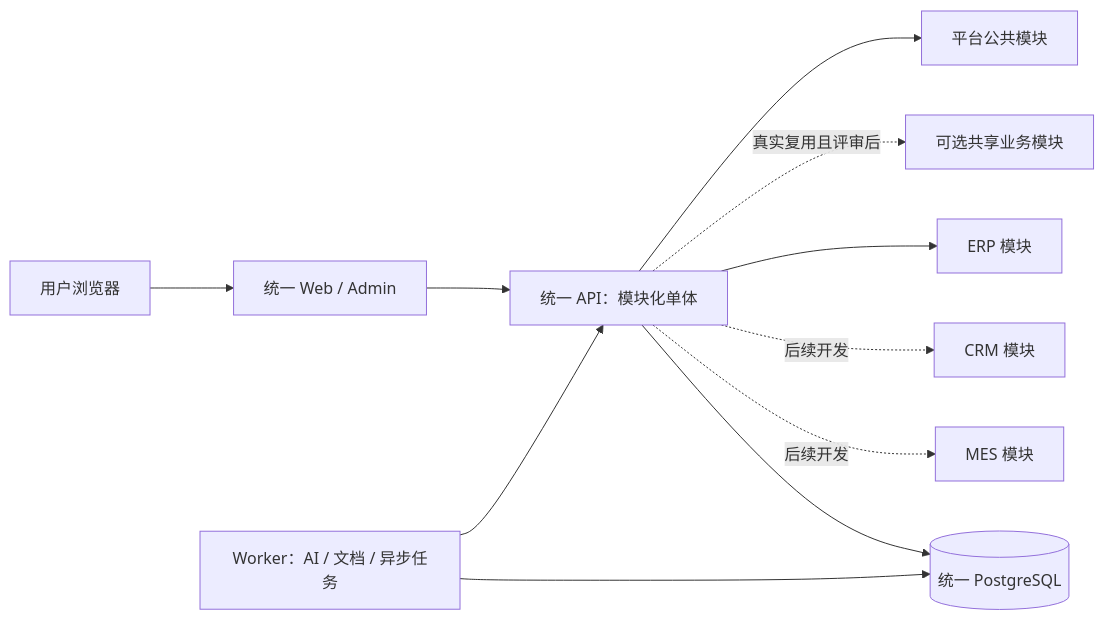
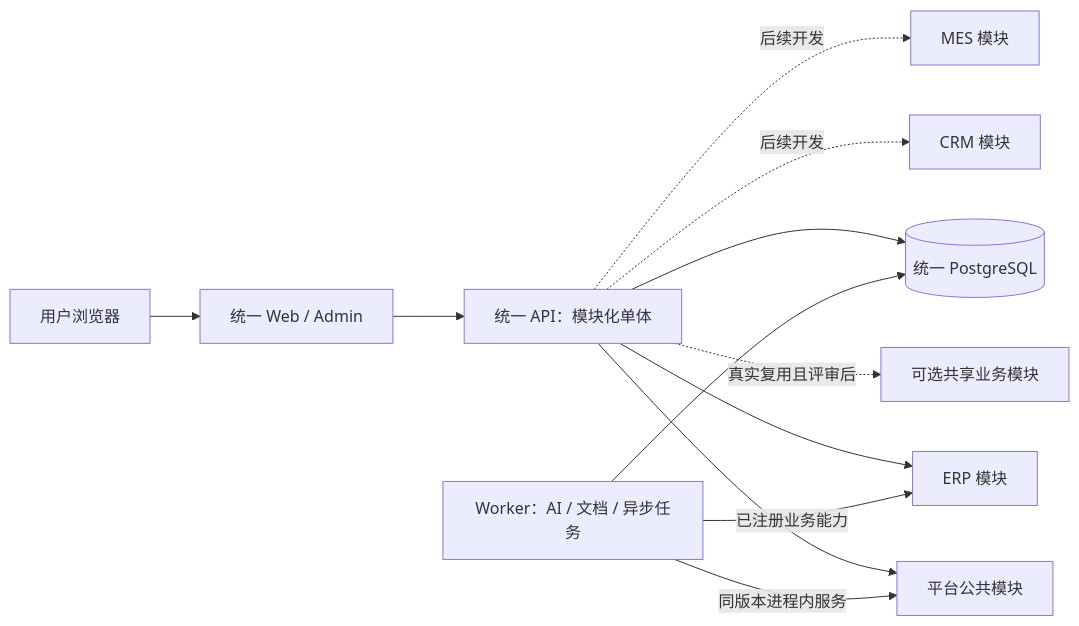
One commit to geyaovip/enterprise-ai-platform changed the diagram in docs/03-架构与数据安全.md. Above: the diagram before and after it, drawn with Mermaid. The commit also changed other lines of this file and 6 other files, not shown here.

````diff
--- a/docs/03-架构与数据安全.md
+++ b/docs/03-架构与数据安全.md
@@ -13,13 +15,14 @@
 ```mermaid
 flowchart LR
     U[用户浏览器] --> W[统一 Web / Admin]
     W --> API[统一 API：模块化单体]
     API --> P[平台公共模块]
     API -. 真实复用且评审后 .-> S[可选共享业务模块]
     API --> E[ERP 模块]
     API -. 后续开发 .-> C[CRM 模块]
     API -. 后续开发 .-> M[MES 模块]
     API --> DB[(统一 PostgreSQL)]
     WK[Worker：AI / 文档 / 异步任务] --> DB
-    WK --> API
+    WK -->|同版本进程内服务| P
+    WK -->|已注册业务能力| E
 ```
````
